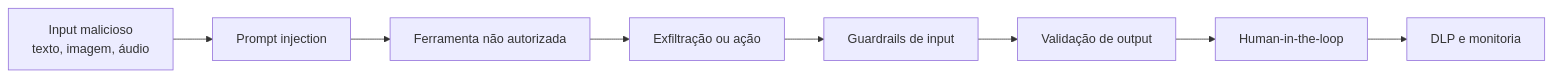
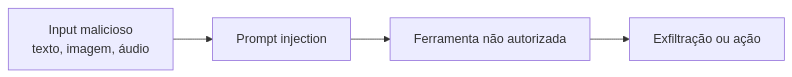
One commit to alicino/kb-blog changed the first of 2 diagrams in src/content/articles/pt-br/2026-09-13-owasp-genai-top-10-2026.md. Above: the diagram before and after it, drawn with Mermaid. The commit also changed other lines of this file and 1 other file, not shown here.

Commit message:
fix: split Mermaid into two independent horizontal flows (attack + defense)

````diff
--- a/src/content/articles/pt-br/2026-09-13-owasp-genai-top-10-2026.md
+++ b/src/content/articles/pt-br/2026-09-13-owasp-genai-top-10-2026.md
@@ -25,10 +25,6 @@
 ```mermaid
 flowchart LR
     A[Input malicioso<br>texto, imagem, áudio] --> B[Prompt injection]
     B --> C[Ferramenta não autorizada]
     C --> D[Exfiltração ou ação]
-    D --> E[Guardrails de input]
-    E --> F[Validação de output]
-    F --> G[Human-in-the-loop]
-    G --> H[DLP e monitoria]
 ```
````
